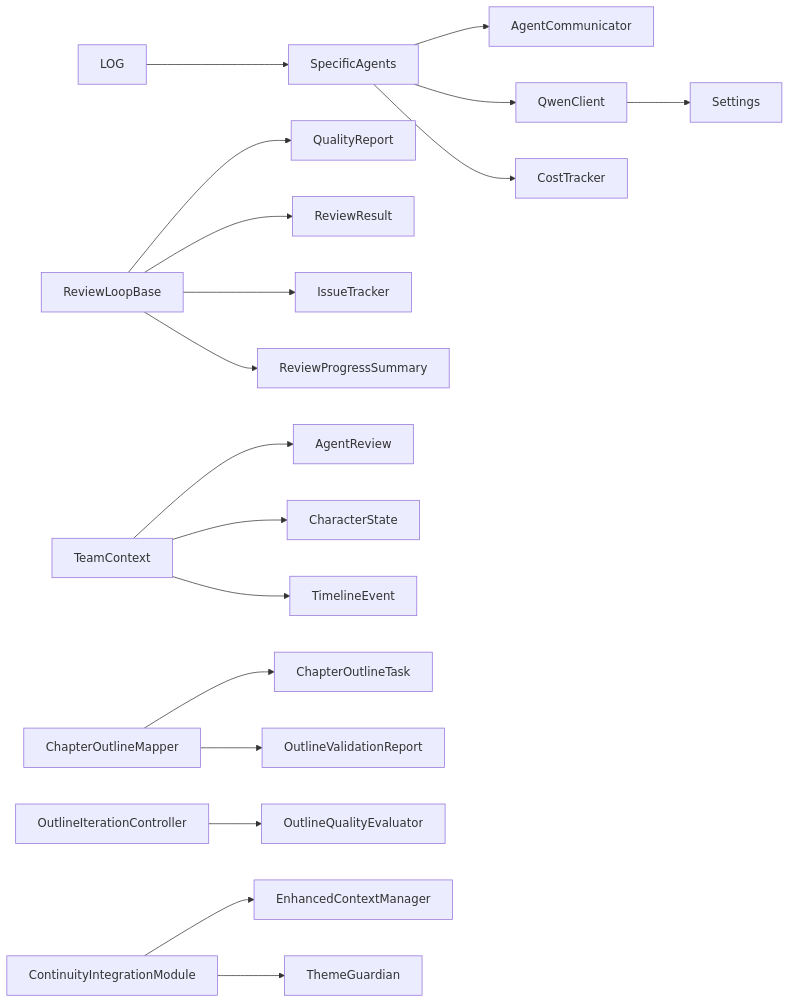
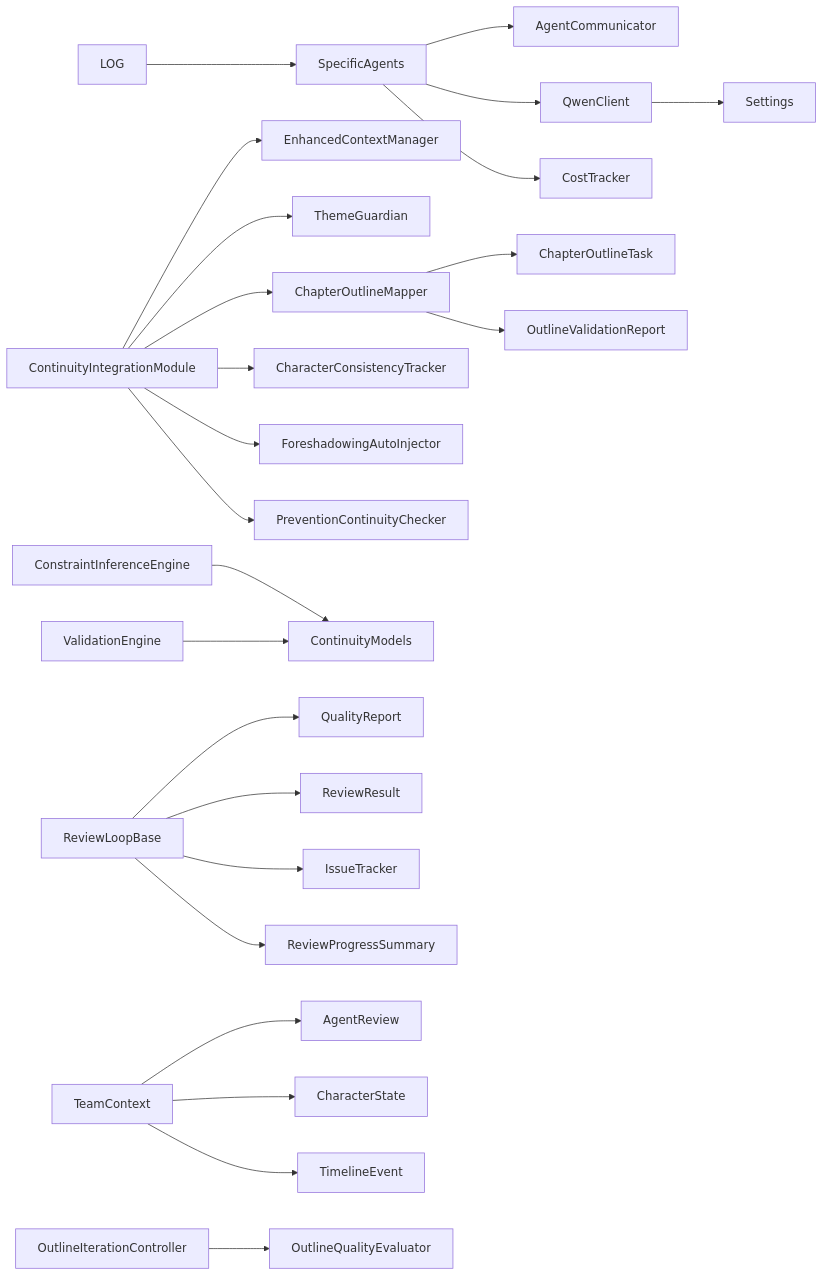
Diagram 16 of 16 in .qoder/repowiki/zh/content/AI智能体系统/AI智能体系统.md (xfbyxq/ai-novel-system), drawn with Mermaid before and after one commit. The commit also changed other lines of this file and 8 other files, not shown here.

````diff
--- a/.qoder/repowiki/zh/content/AI智能体系统/AI智能体系统.md
+++ b/.qoder/repowiki/zh/content/AI智能体系统/AI智能体系统.md
@@ -975,20 +1028,26 @@
 ```mermaid
 graph LR
 SA["SpecificAgents"] --> AC["AgentCommunicator"]
 SA --> QC["QwenClient"]
 SA --> CT["CostTracker"]
+CIM["ContinuityIntegrationModule"] --> ECM["EnhancedContextManager"]
+CIM --> TG["ThemeGuardian"]
+CIM --> COM["ChapterOutlineMapper"]
+CIM --> CCT["CharacterConsistencyTracker"]
+CIM --> FAI["ForeshadowingAutoInjector"]
+CIM --> PCC["PreventionContinuityChecker"]
+CIE["ConstraintInferenceEngine"] --> CM["ContinuityModels"]
+VE["ValidationEngine"] --> CM
 RLB["ReviewLoopBase"] --> QR["QualityReport"]
 RLB --> RR["ReviewResult"]
 RLB --> IE["IssueTracker"]
 RLB --> RS["ReviewProgressSummary"]
 TC["TeamContext"] --> AR["AgentReview"]
 TC --> CS["CharacterState"]
 TC --> TL["TimelineEvent"]
-COM["ChapterOutlineMapper"] --> COT["ChapterOutlineTask"]
+COM --> COT["ChapterOutlineTask"]
 COM --> OVR["OutlineValidationReport"]
 OIC["OutlineIterationController"] --> OQE["OutlineQualityEvaluator"]
-CIM["ContinuityIntegrationModule"] --> ECM["EnhancedContextManager"]
-CIM --> TG["ThemeGuardian"]
 QC --> CFG["Settings"]
 LOG --> SA
 ```
````
